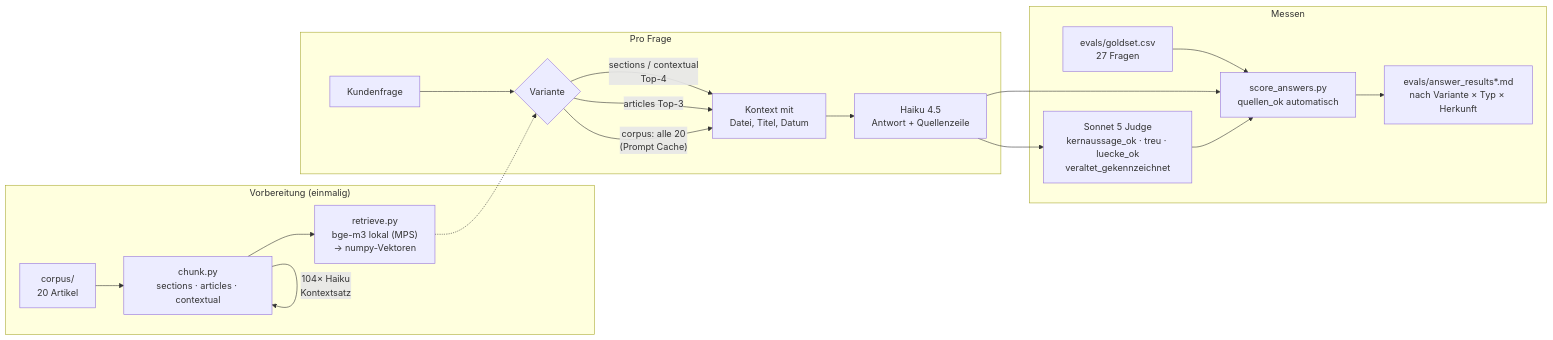
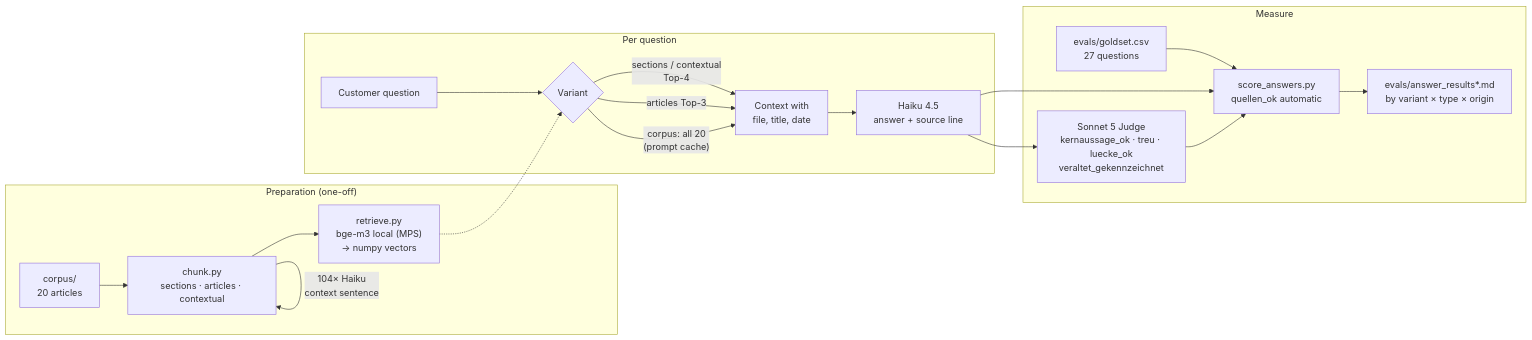
The diagram in README.md (JulianStnDev/ai-uc-03-context-engineering), drawn with Mermaid before and after one commit. The commit also changed other lines of this file and 3 other files, not shown here.

````diff
--- a/README.md
+++ b/README.md
@@ -67,23 +69,23 @@
 ```mermaid
 flowchart LR
-    subgraph V["Vorbereitung (einmalig)"]
-        C["corpus/<br/>20 Artikel"] --> CH["chunk.py<br/>sections · articles · contextual"]
-        CH -- "104× Haiku<br/>Kontextsatz" --> CH
-        CH --> E["retrieve.py<br/>bge-m3 lokal (MPS)<br/>→ numpy-Vektoren"]
+    subgraph V["Preparation (one-off)"]
+        C["corpus/<br/>20 articles"] --> CH["chunk.py<br/>sections · articles · contextual"]
+        CH -- "104× Haiku<br/>context sentence" --> CH
+        CH --> E["retrieve.py<br/>bge-m3 local (MPS)<br/>→ numpy vectors"]
     end
-    subgraph P["Pro Frage"]
-        Q["Kundenfrage"] --> R{"Variante"}
-        R -- "sections / contextual<br/>Top-4" --> K["Kontext mit<br/>Datei, Titel, Datum"]
+    subgraph P["Per question"]
+        Q["Customer question"] --> R{"Variant"}
+        R -- "sections / contextual<br/>Top-4" --> K["Context with<br/>file, title, date"]
         R -- "articles Top-3" --> K
-        R -- "corpus: alle 20<br/>(Prompt Cache)" --> K
+        R -- "corpus: all 20<br/>(prompt cache)" --> K
         E -.-> R
-        K --> H["Haiku 4.5<br/>Antwort + Quellenzeile"]
+        K --> H["Haiku 4.5<br/>answer + source line"]
     end
-    subgraph M["Messen"]
-        G["evals/goldset.csv<br/>27 Fragen"] --> S
-        H --> S["score_answers.py<br/>quellen_ok automatisch"]
+    subgraph M["Measure"]
+        G["evals/goldset.csv<br/>27 questions"] --> S
+        H --> S["score_answers.py<br/>quellen_ok automatic"]
         H --> J["Sonnet 5 Judge<br/>kernaussage_ok · treu · luecke_ok<br/>veraltet_gekennzeichnet"]
         J --> S
-        S --> O["evals/answer_results*.md<br/>nach Variante × Typ × Herkunft"]
+        S --> O["evals/answer_results*.md<br/>by variant × type × origin"]
     end
 ```
````
